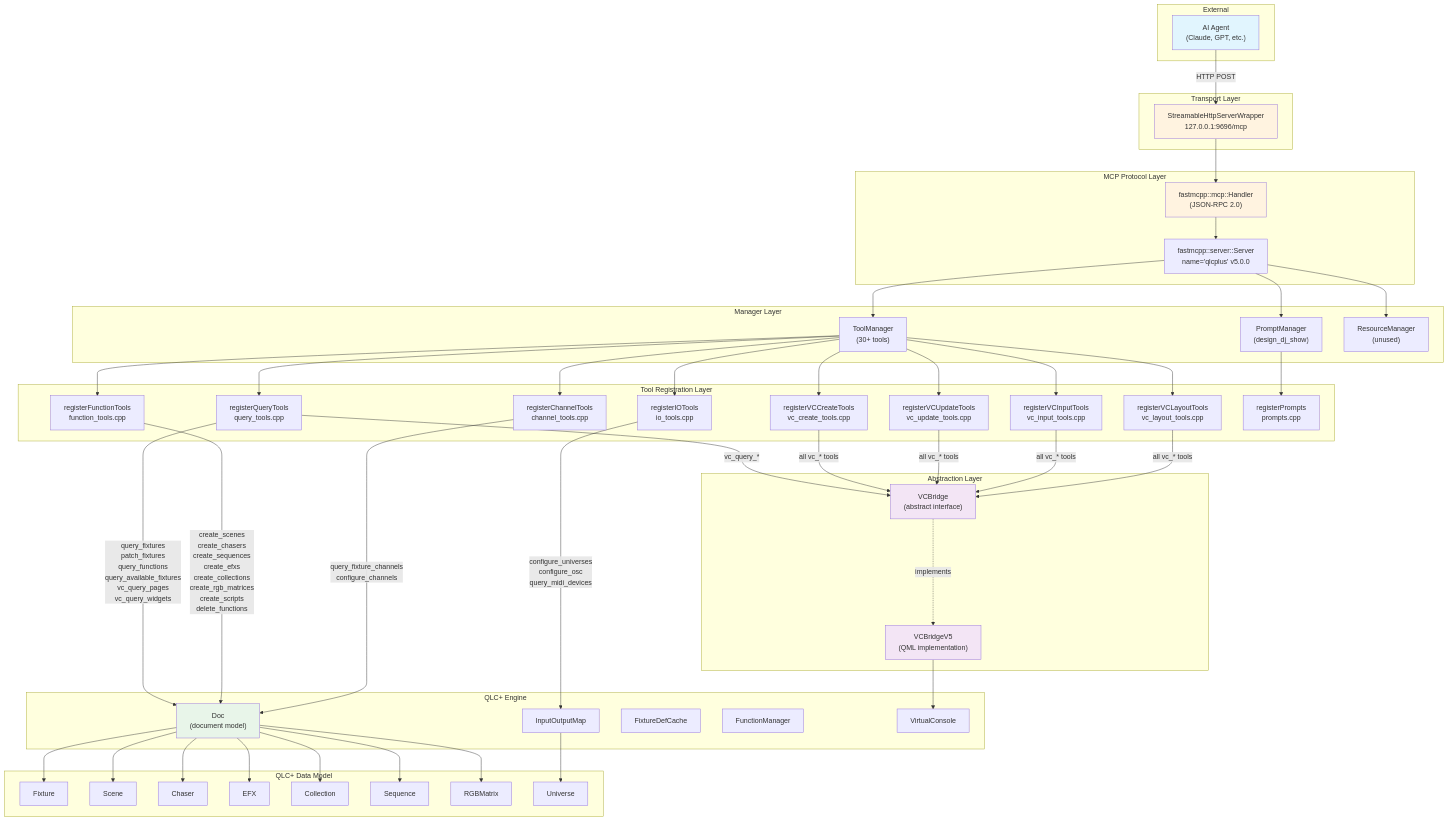
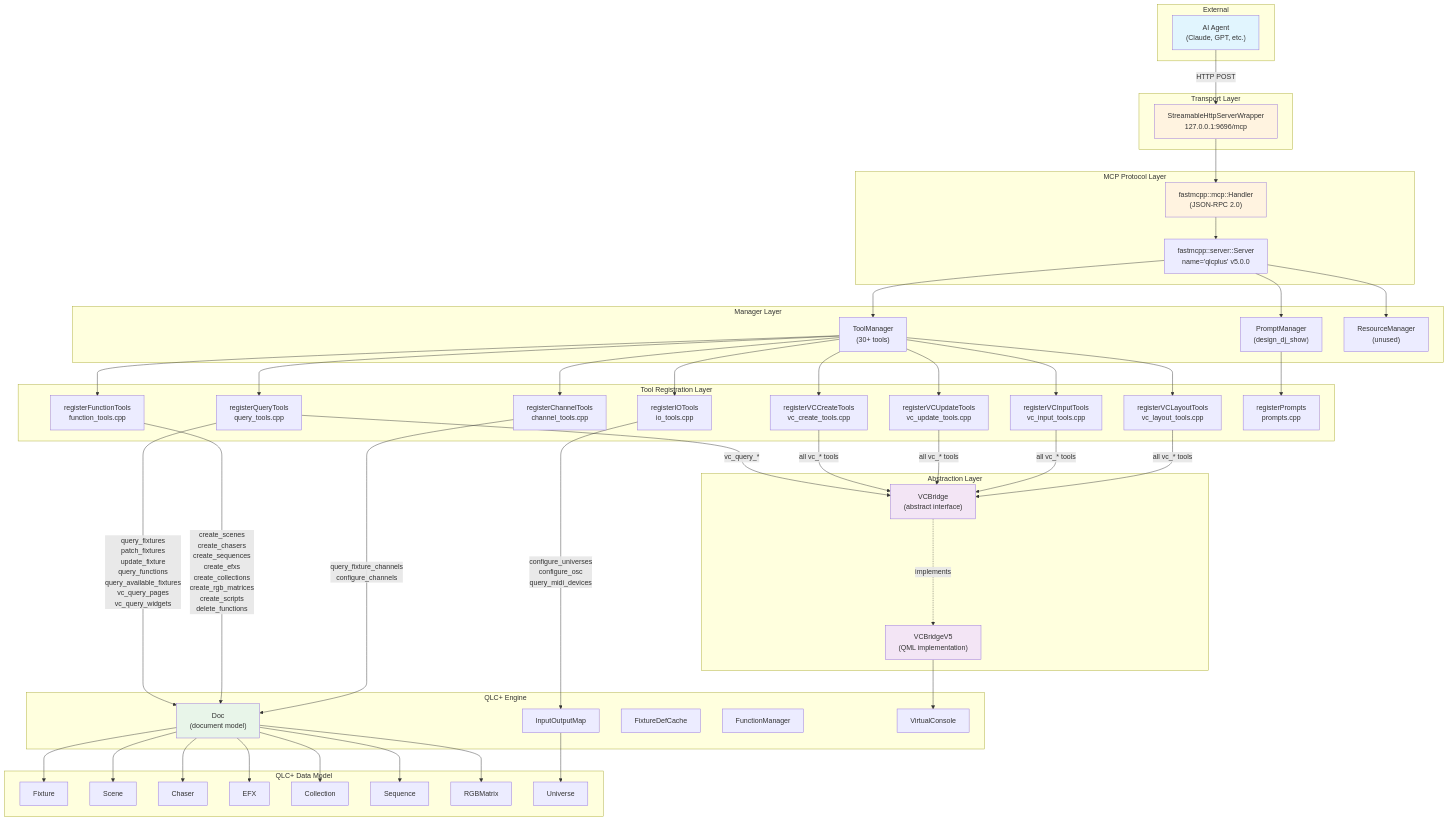
One commit to abossard/qlcplus changed the first of 14 diagrams in mcp/MCP-ARCHITECTURE.md. Above: the diagram before and after it, drawn with Mermaid. The commit also changed other lines of this file and 27 other files, not shown here.

```diff
--- a/mcp/MCP-ARCHITECTURE.md
+++ b/mcp/MCP-ARCHITECTURE.md
@@ -77,7 +77,7 @@
     TM --> QT & FT & VCC & VCU & VCI & VCL & IO & CH
     PM --> PR
 
-    QT -->|"query_fixtures<br/>patch_fixtures<br/>query_functions<br/>query_available_fixtures<br/>vc_query_pages<br/>vc_query_widgets"| Doc
+    QT -->|"query_fixtures<br/>patch_fixtures<br/>update_fixture<br/>query_functions<br/>query_available_fixtures<br/>vc_query_pages<br/>vc_query_widgets"| Doc
     QT -->|"vc_query_*"| VCB
 
     FT -->|"create_scenes<br/>create_chasers<br/>create_sequences<br/>create_efxs<br/>create_collections<br/>create_rgb_matrices<br/>create_scripts<br/>delete_functions"| Doc
```
